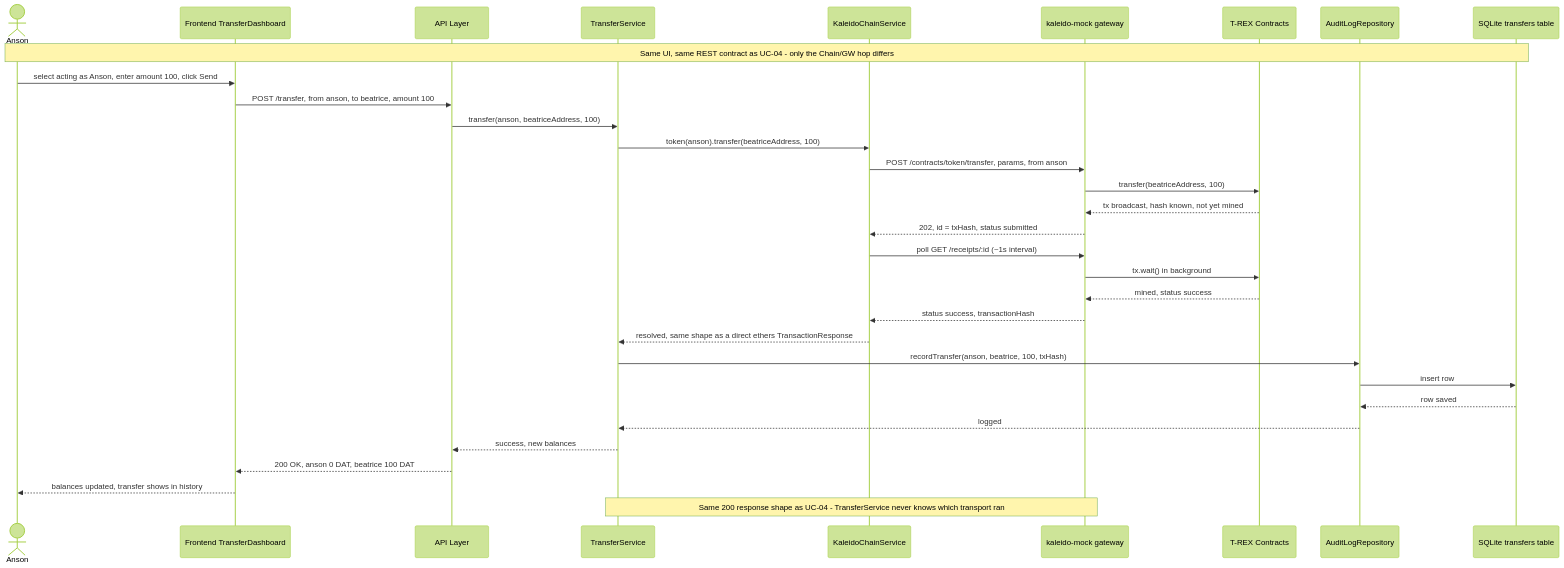
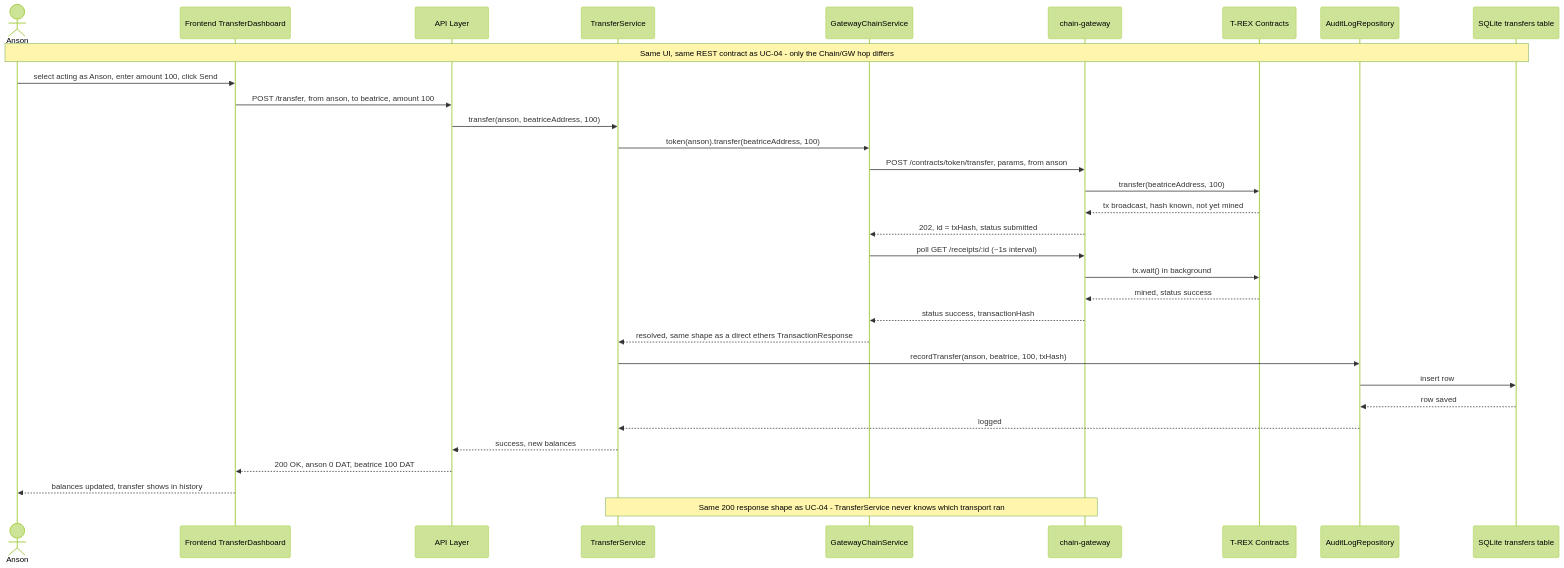
One commit to hohowin/my-besu-net changed the seventh of 7 diagrams in docs/use-cases.md. Above: the diagram before and after it, drawn with Mermaid (forest theme). The commit also changed other lines of this file and 24 other files, not shown here.

````diff
--- a/docs/use-cases.md
+++ b/docs/use-cases.md
@@ -339,39 +339,39 @@
 ```mermaid
 sequenceDiagram
     actor Anson
     participant FE as Frontend TransferDashboard
     participant API as API Layer
     participant TS as TransferService
-    participant Chain as KaleidoChainService
-    participant GW as kaleido-mock gateway
+    participant Chain as GatewayChainService
+    participant GW as chain-gateway
     participant Contracts as T-REX Contracts
     participant Audit as AuditLogRepository
     participant DB as SQLite transfers table
 
     Note over Anson,DB: Same UI, same REST contract as UC-04 - only the Chain/GW hop differs
 
     Anson->>FE: select acting as Anson, enter amount 100, click Send
     FE->>API: POST /transfer, from anson, to beatrice, amount 100
     API->>TS: transfer(anson, beatriceAddress, 100)
     TS->>Chain: token(anson).transfer(beatriceAddress, 100)
     Chain->>GW: POST /contracts/token/transfer, params, from anson
     GW->>Contracts: transfer(beatriceAddress, 100)
     Contracts-->>GW: tx broadcast, hash known, not yet mined
     GW-->>Chain: 202, id = txHash, status submitted
     Chain->>GW: poll GET /receipts/:id (~1s interval)
     GW->>Contracts: tx.wait() in background
     Contracts-->>GW: mined, status success
     GW-->>Chain: status success, transactionHash
     Chain-->>TS: resolved, same shape as a direct ethers TransactionResponse
 
     TS->>Audit: recordTransfer(anson, beatrice, 100, txHash)
     Audit->>DB: insert row
     DB-->>Audit: row saved
     Audit-->>TS: logged
 
     TS-->>API: success, new balances
     API-->>FE: 200 OK, anson 0 DAT, beatrice 100 DAT
     FE-->>Anson: balances updated, transfer shows in history
 
     Note over TS,GW: Same 200 response shape as UC-04 - TransferService never knows which transport ran
 ```
````
